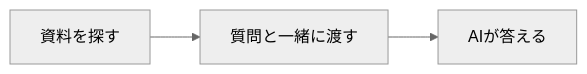
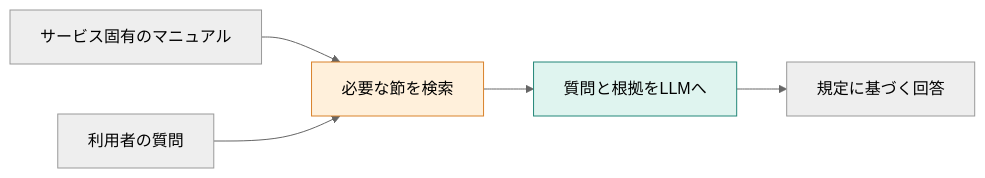
One commit to kouji0705/rag-study changed the diagram in books/cd019af39edb03/01-what-is-rag.md. Above: the diagram before and after it, drawn with Mermaid (neutral theme). The commit also changed other lines of this file, not shown here.

````diff
--- a/books/cd019af39edb03/01-what-is-rag.md
+++ b/books/cd019af39edb03/01-what-is-rag.md
@@ -20,4 +7,8 @@
 ```mermaid
 flowchart LR
-    A["資料を探す"] --> B["質問と一緒に渡す"] --> C["AIが答える"]
+    M["サービス固有のマニュアル"] --> S["必要な節を検索"]
+    Q["利用者の質問"] --> S
+    S --> L["質問と根拠をLLMへ"] --> A["規定に基づく回答"]
+    style S fill:#fff0db,stroke:#d9822b
+    style L fill:#dff4ef,stroke:#228678
 ```
````
